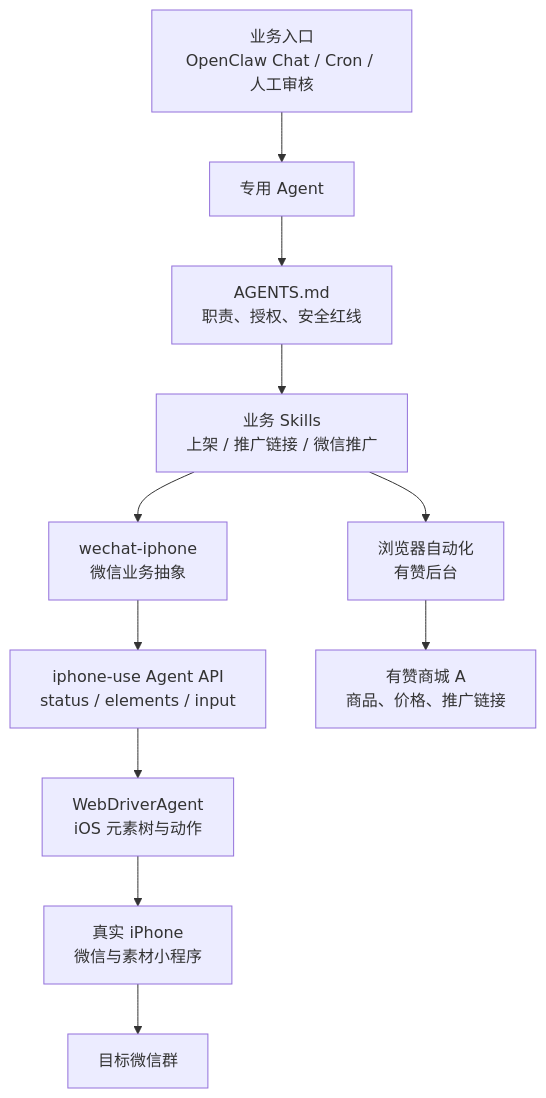
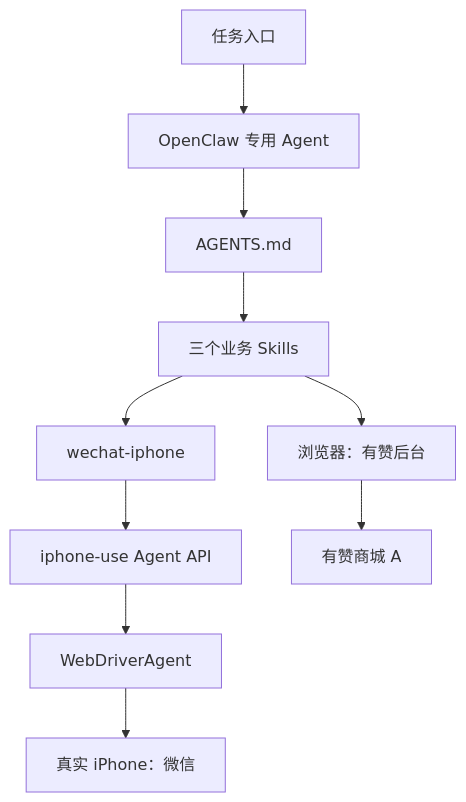
Before and after one commit to Garden12138/notes: the second of 3 diagrams in ai/Using OpenClaw iPhone-use and WDA to automate Youzan WeChat promotion.md, drawn with Mermaid. The commit also changed other lines of this file and 7 other files, not shown here.

Commit message:
Refine OpenClaw WeChat promotion docs and safety rules

````diff
--- a/ai/Using OpenClaw iPhone-use and WDA to automate Youzan WeChat promotion.md
+++ b/ai/Using OpenClaw iPhone-use and WDA to automate Youzan WeChat promotion.md
@@ -112,13 +79,12 @@
 ```mermaid
 flowchart TD
-    A["业务入口<br/>OpenClaw Chat / Cron / 人工审核"] --> B["专用 Agent<br/><AGENT_NAME>"]
-    B --> C["AGENTS.md<br/>职责、授权、安全红线"]
-    C --> D["业务 Skills<br/>上架 / 推广链接 / 微信推广"]
-    D --> E1["浏览器自动化<br/>有赞后台"]
-    D --> E2["wechat-iphone<br/>微信业务抽象"]
-    E2 --> F["iphone-use Agent API<br/>status / elements / input"]
-    F --> G["WebDriverAgent<br/>iOS 元素树与动作"]
-    G --> H["真实 iPhone<br/>微信与素材小程序"]
-    E1 --> I["有赞商城 A<br/>商品、价格、推广链接"]
-    H --> J["目标微信群<br/><TARGET_WECHAT_GROUP>"]
+    A["任务入口"] --> B["OpenClaw 专用 Agent"]
+    B --> C["AGENTS.md"]
+    C --> D["三个业务 Skills"]
+    D --> E1["浏览器：有赞后台"]
+    D --> E2["wechat-iphone"]
+    E2 --> F["iphone-use Agent API"]
+    F --> G["WebDriverAgent"]
+    G --> H["真实 iPhone：微信"]
+    E1 --> I["有赞商城 A"]
 ```
````
